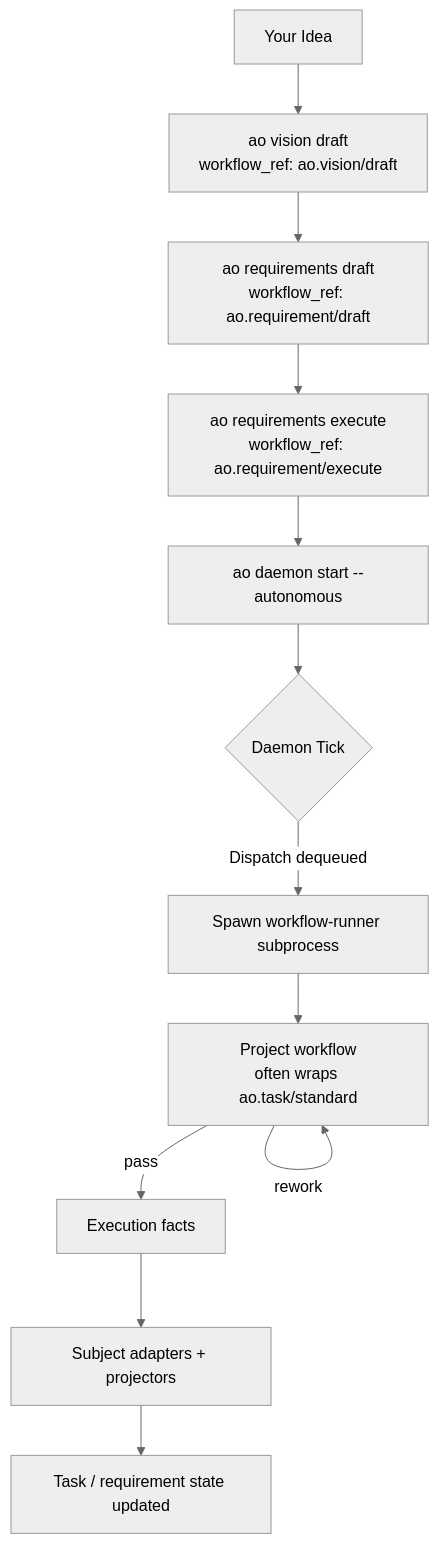
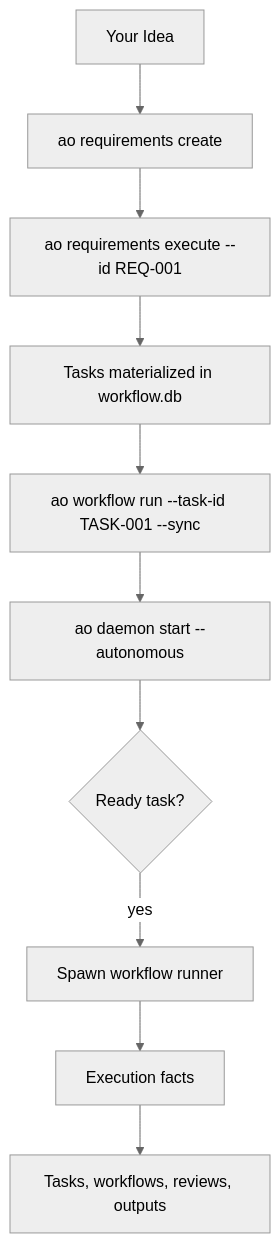
Before and after one commit to launchapp-dev/animus-cli: the diagram in docs/getting-started/typical-day.md, drawn with Mermaid (neutral theme). The commit also changed other lines of this file and 24 other files, not shown here.

````diff
--- a/docs/getting-started/typical-day.md
+++ b/docs/getting-started/typical-day.md
@@ -8,16 +7,14 @@
 ```mermaid
 flowchart TB
     IDEA["Your Idea"]
-    --> VISION["ao vision draft<br/>workflow_ref: ao.vision/draft"]
-    --> REQS["ao requirements draft<br/>workflow_ref: ao.requirement/draft"]
-    --> EXECUTE["ao requirements execute<br/>workflow_ref: ao.requirement/execute"]
+    --> REQ["ao requirements create"]
+    --> EXECUTE["ao requirements execute --id REQ-001"]
+    --> TASKS["Tasks materialized in workflow.db"]
+    --> RUN["ao workflow run --task-id TASK-001 --sync"]
     --> DAEMON["ao daemon start --autonomous"]
 
-    DAEMON --> LOOP{"Daemon Tick"}
-    LOOP -->|"Dispatch dequeued"| RUNNER["Spawn workflow-runner subprocess"]
-    RUNNER --> PIPELINE["Project workflow<br/>often wraps ao.task/standard"]
-    PIPELINE -->|"pass"| FACTS["Execution facts"]
-    PIPELINE -->|"rework"| PIPELINE
-    FACTS --> PROJECTORS["Subject adapters + projectors"]
-    PROJECTORS --> DONE["Task / requirement state updated"]
+    DAEMON --> LOOP{"Ready task?"}
+    LOOP -->|"yes"| WORKFLOW["Spawn workflow runner"]
+    WORKFLOW --> FACTS["Execution facts"]
+    FACTS --> STATE["Tasks, workflows, reviews, outputs"]
 ```
````
